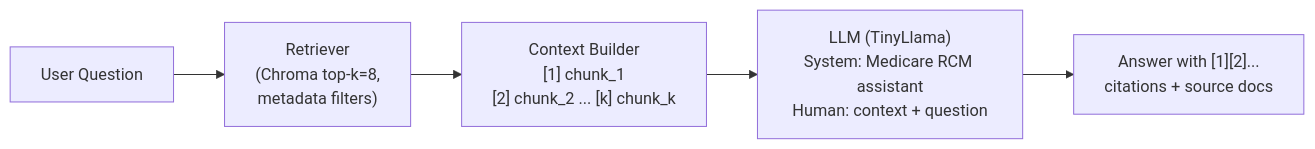
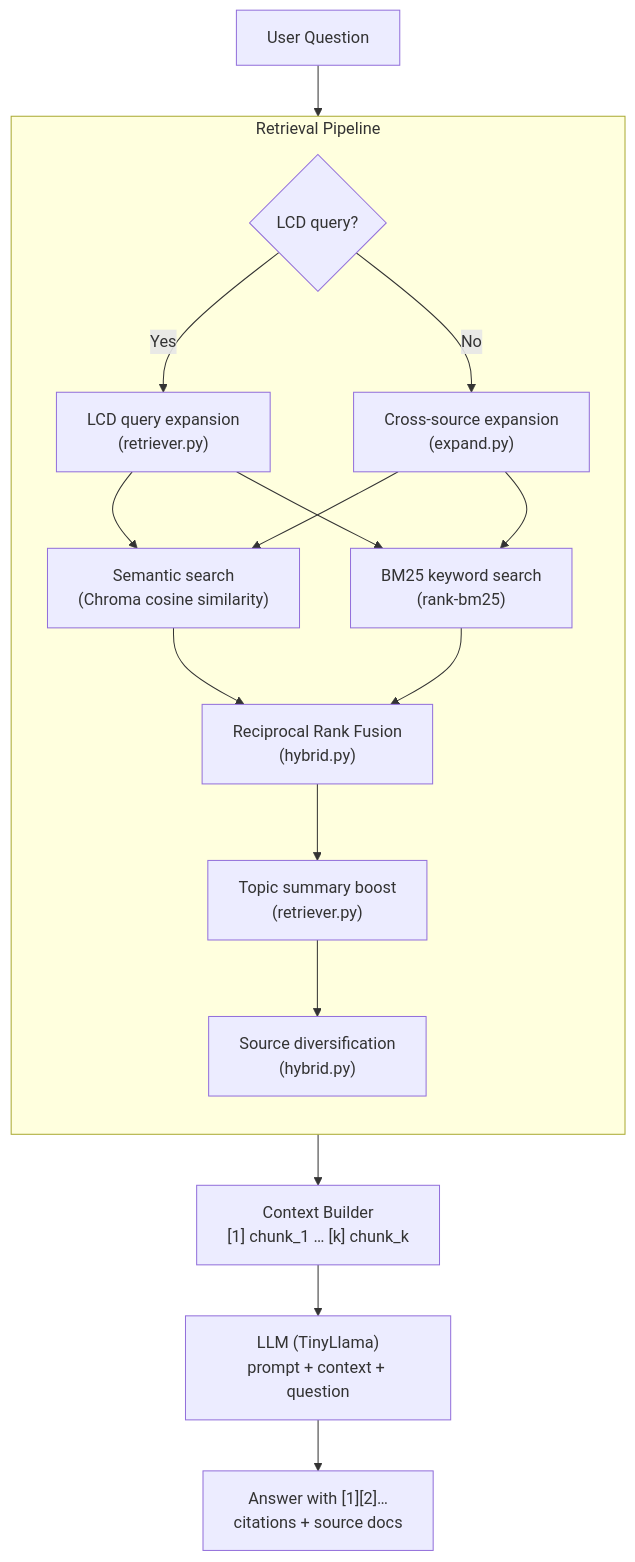
Before and after one commit to csmangum/insurance_rag: the sixth of 8 diagrams in ARCHITECTURE.md, drawn with Mermaid. The commit also changed other lines of this file, not shown here.

First line of the commit message:
docs: update ARCHITECTURE.md with hybrid retriever, topic summaries, and new config

````diff
--- a/ARCHITECTURE.md
+++ b/ARCHITECTURE.md
@@ -197,10 +225,30 @@
 ```mermaid
-flowchart LR
+flowchart TB
   Q["User Question"]
-  Retriever["Retriever\n(Chroma top-k=8,\nmetadata filters)"]
-  Context["Context Builder\n[1] chunk_1\n[2] chunk_2 ... [k] chunk_k"]
-  LLM["LLM (TinyLlama)\nSystem: Medicare RCM assistant\nHuman: context + question"]
-  Answer["Answer with [1][2]...\ncitations + source docs"]
 
-  Q --> Retriever --> Context --> LLM --> Answer
+  subgraph Retriever["Retrieval Pipeline"]
+    direction TB
+    LCD{"LCD query?"}
+    Expand["Cross-source expansion\n(expand.py)"]
+    LCDExpand["LCD query expansion\n(retriever.py)"]
+    Semantic["Semantic search\n(Chroma cosine similarity)"]
+    BM25["BM25 keyword search\n(rank-bm25)"]
+    RRF["Reciprocal Rank Fusion\n(hybrid.py)"]
+    TopicBoost["Topic summary boost\n(retriever.py)"]
+    Diversify["Source diversification\n(hybrid.py)"]
+  end
+
+  Context["Context Builder\n[1] chunk_1 … [k] chunk_k"]
+  LLM["LLM (TinyLlama)\nprompt + context + question"]
+  Answer["Answer with [1][2]…\ncitations + source docs"]
+
+  Q --> LCD
+  LCD -->|Yes| LCDExpand --> Semantic
+  LCD -->|No| Expand --> Semantic
+  Expand --> BM25
+  LCDExpand --> BM25
+  Semantic --> RRF
+  BM25 --> RRF
+  RRF --> TopicBoost --> Diversify
+  Diversify --> Context --> LLM --> Answer
 ```
````
